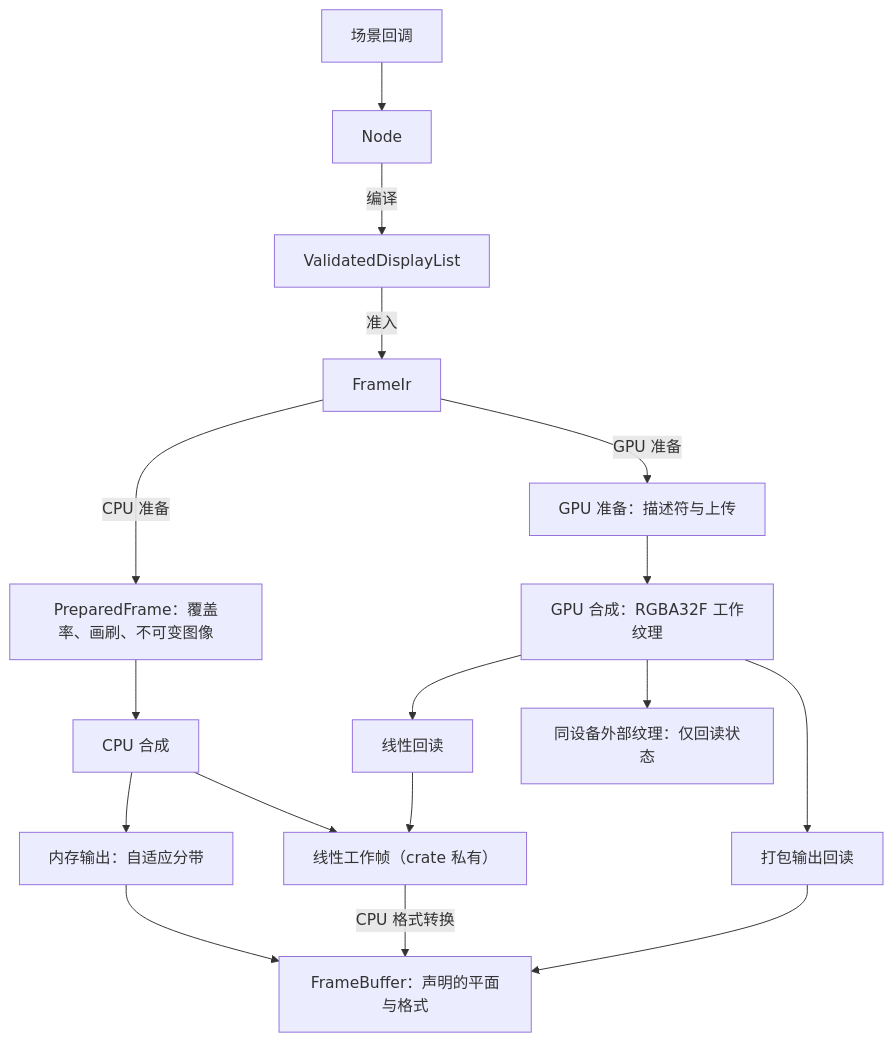
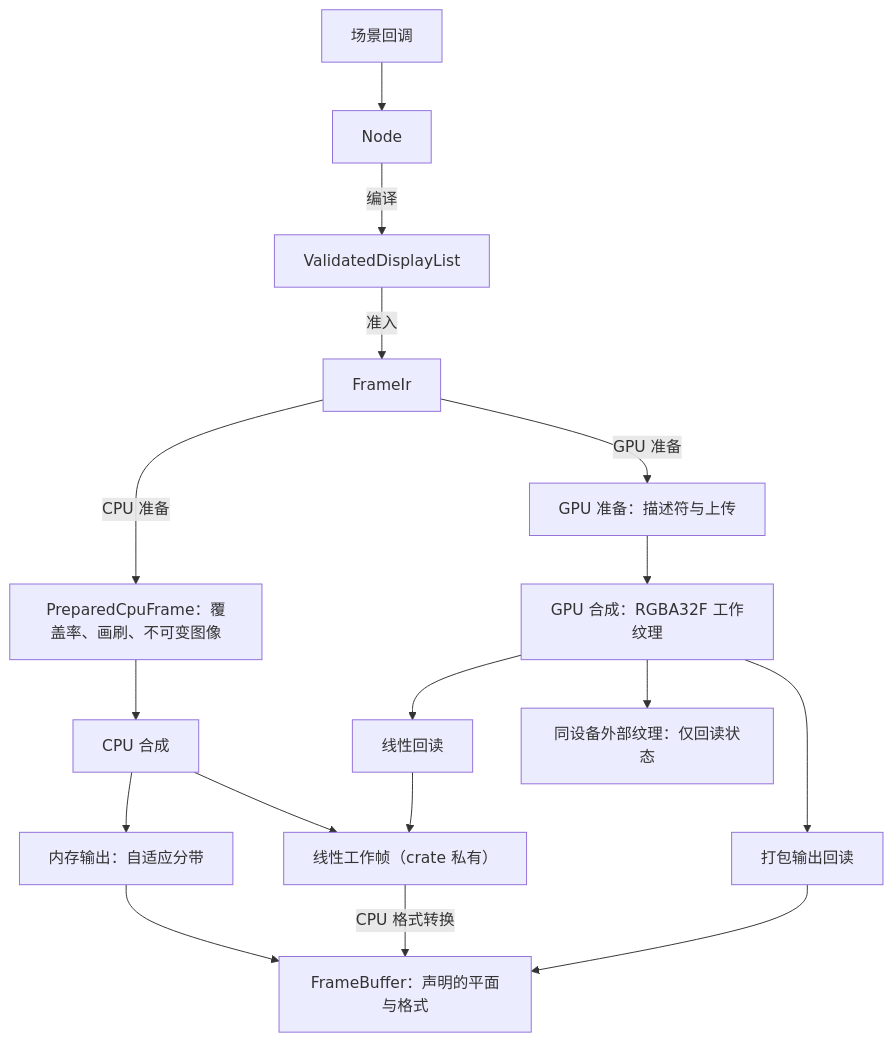
One commit to motion-rs/motion-rs changed the third of 12 diagrams in docs/design/rendering.zh-CN.md. Above: the diagram before and after it, drawn with Mermaid. The commit also changed other lines of this file and 61 other files, not shown here.

````diff
--- a/docs/design/rendering.zh-CN.md
+++ b/docs/design/rendering.zh-CN.md
@@ -98,19 +98,19 @@
 ```mermaid
 flowchart TD
     Build["场景回调"] --> Node["Node"]
     Node -->|编译| Commands["ValidatedDisplayList"]
     Commands -->|准入| IR["FrameIr"]
-    IR -->|CPU 准备| Prepared["PreparedFrame：覆盖率、画刷、不可变图像"]
+    IR -->|CPU 准备| Prepared["PreparedCpuFrame：覆盖率、画刷、不可变图像"]
     IR -->|GPU 准备| GpuPrep["GPU 准备：描述符与上传"]
     Prepared --> CPU["CPU 合成"]
     GpuPrep --> GPU["GPU 合成：RGBA32F 工作纹理"]
     CPU --> Bands["内存输出：自适应分带"]
     Bands --> Buffer["FrameBuffer：声明的平面与格式"]
     CPU --> Linear["线性工作帧（crate 私有）"]
     Linear -->|CPU 格式转换| Buffer
     GPU --> Readback["线性回读"]
     Readback --> Linear
     GPU --> Packed["打包输出回读"]
     Packed --> Buffer
     GPU --> Texture["同设备外部纹理：仅回读状态"]
 ```
````
